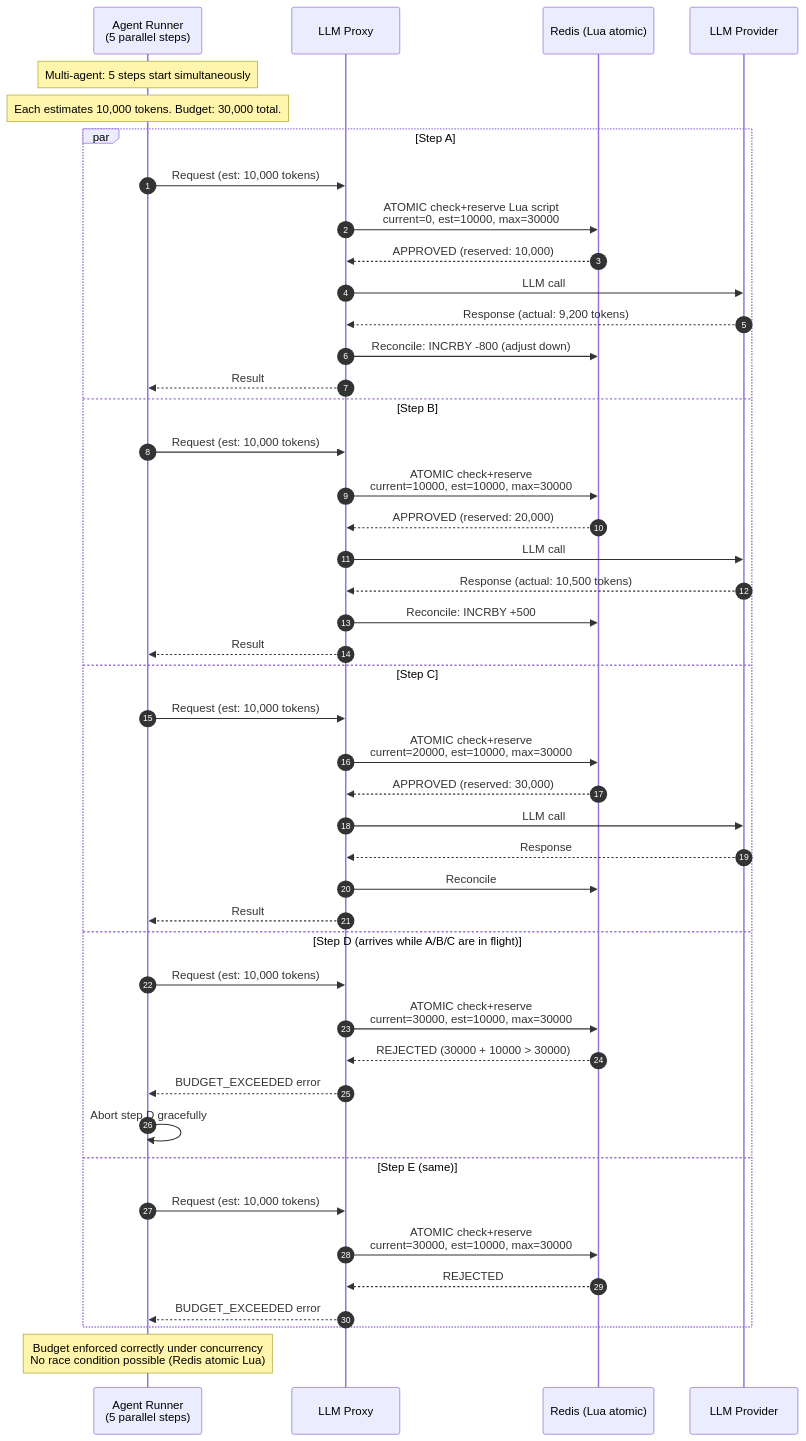
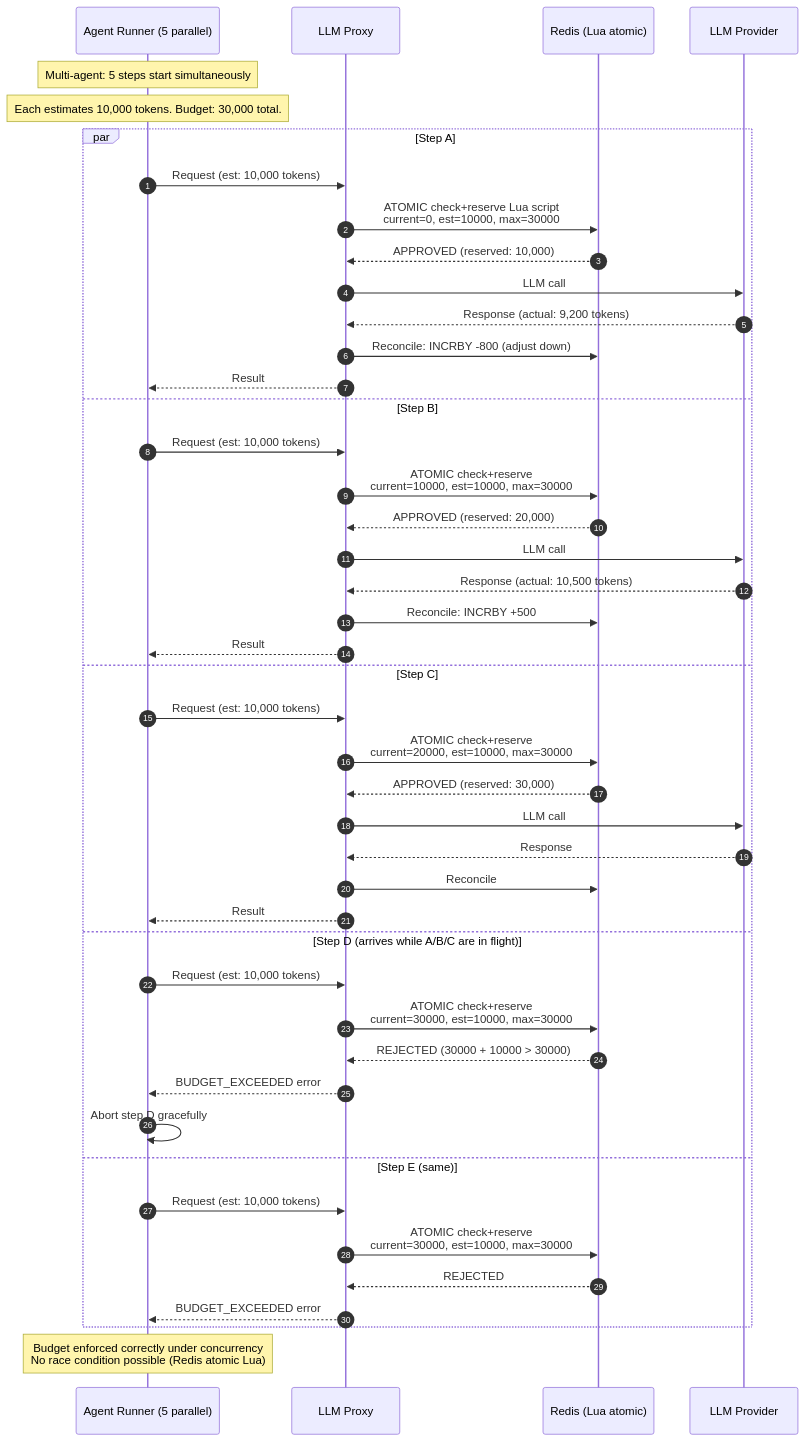
The tenth of 18 diagrams in SEQUENCE_DIAGRAMS.md (GVijay456/Test), drawn with Mermaid before and after one commit. The commit also changed other lines of this file and 1 other file, not shown here.

First line of the commit message:
Fix Mermaid sequence diagram rendering issues

````diff
--- a/SEQUENCE_DIAGRAMS.md
+++ b/SEQUENCE_DIAGRAMS.md
@@ -550,50 +550,50 @@
 ```mermaid
 sequenceDiagram
     autonumber
-    participant AR as Agent Runner<br/>(5 parallel steps)
+    participant AR as Agent Runner (5 parallel)
     participant LP as LLM Proxy
     participant RD as Redis (Lua atomic)
     participant OL as LLM Provider
 
     Note over AR: Multi-agent: 5 steps start simultaneously
     Note over AR: Each estimates 10,000 tokens. Budget: 30,000 total.
 
     par Step A
         AR->>LP: Request (est: 10,000 tokens)
         LP->>RD: ATOMIC check+reserve Lua script<br/>current=0, est=10000, max=30000
         RD-->>LP: APPROVED (reserved: 10,000)
         LP->>OL: LLM call
         OL-->>LP: Response (actual: 9,200 tokens)
         LP->>RD: Reconcile: INCRBY -800 (adjust down)
         LP-->>AR: Result
     and Step B
         AR->>LP: Request (est: 10,000 tokens)
         LP->>RD: ATOMIC check+reserve<br/>current=10000, est=10000, max=30000
         RD-->>LP: APPROVED (reserved: 20,000)
         LP->>OL: LLM call
         OL-->>LP: Response (actual: 10,500 tokens)
         LP->>RD: Reconcile: INCRBY +500
         LP-->>AR: Result
     and Step C
         AR->>LP: Request (est: 10,000 tokens)
         LP->>RD: ATOMIC check+reserve<br/>current=20000, est=10000, max=30000
         RD-->>LP: APPROVED (reserved: 30,000)
         LP->>OL: LLM call
         OL-->>LP: Response
         LP->>RD: Reconcile
         LP-->>AR: Result
     and Step D (arrives while A/B/C are in flight)
         AR->>LP: Request (est: 10,000 tokens)
         LP->>RD: ATOMIC check+reserve<br/>current=30000, est=10000, max=30000
         RD-->>LP: REJECTED (30000 + 10000 > 30000)
         LP-->>AR: BUDGET_EXCEEDED error
         AR->>AR: Abort step D gracefully
     and Step E (same)
         AR->>LP: Request (est: 10,000 tokens)
         LP->>RD: ATOMIC check+reserve<br/>current=30000, est=10000, max=30000
         RD-->>LP: REJECTED
         LP-->>AR: BUDGET_EXCEEDED error
     end
 
     Note over AR: Budget enforced correctly under concurrency<br/>No race condition possible (Redis atomic Lua)
 ```
````
